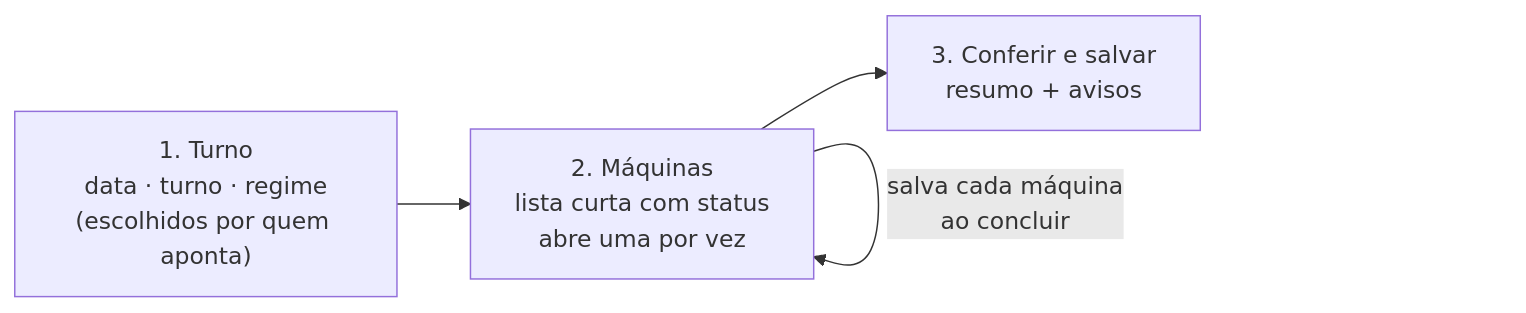
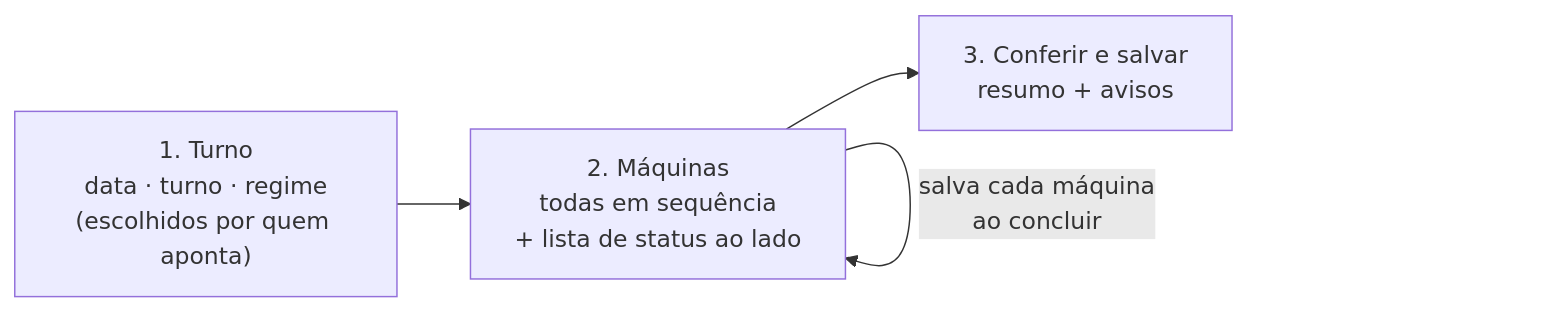
Before and after one commit to abnerlucena/Dashboard-Tomadas: the diagram in docs/frontend/proposta-apontamento.md, drawn with Mermaid. The commit also changed other lines of this file and 1 other file, not shown here.

````diff
--- a/docs/frontend/proposta-apontamento.md
+++ b/docs/frontend/proposta-apontamento.md
@@ -37,6 +37,6 @@
 ```mermaid
 flowchart LR
-  A["1. Turno<br/>data · turno · regime<br/>(escolhidos por quem aponta)"] --> B["2. Máquinas<br/>lista curta com status<br/>abre uma por vez"]
+  A["1. Turno<br/>data · turno · regime<br/>(escolhidos por quem aponta)"] --> B["2. Máquinas<br/>todas em sequência<br/>+ lista de status ao lado"]
   B --> C["3. Conferir e salvar<br/>resumo + avisos"]
   B -- "salva cada máquina<br/>ao concluir" --> B
 ```
````
